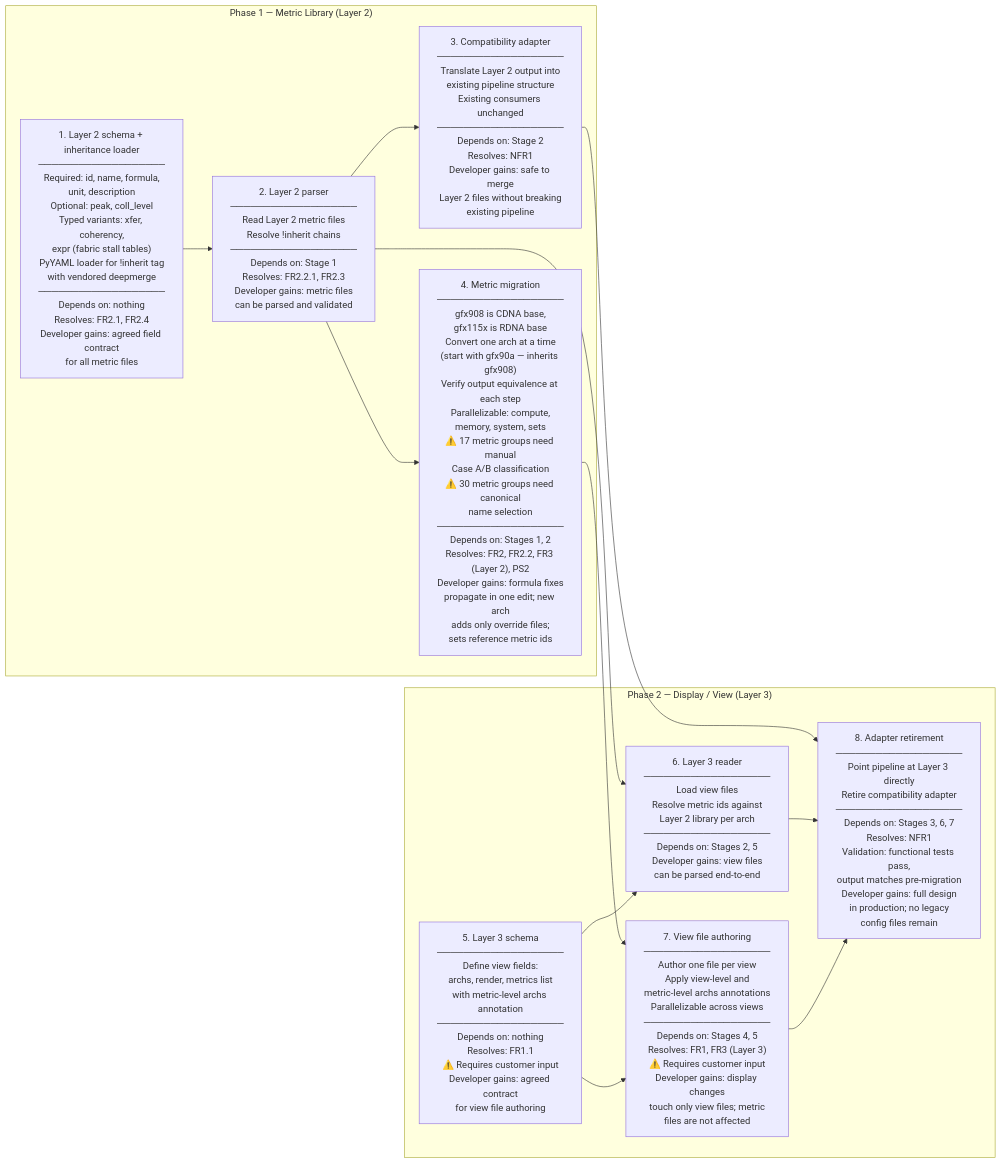
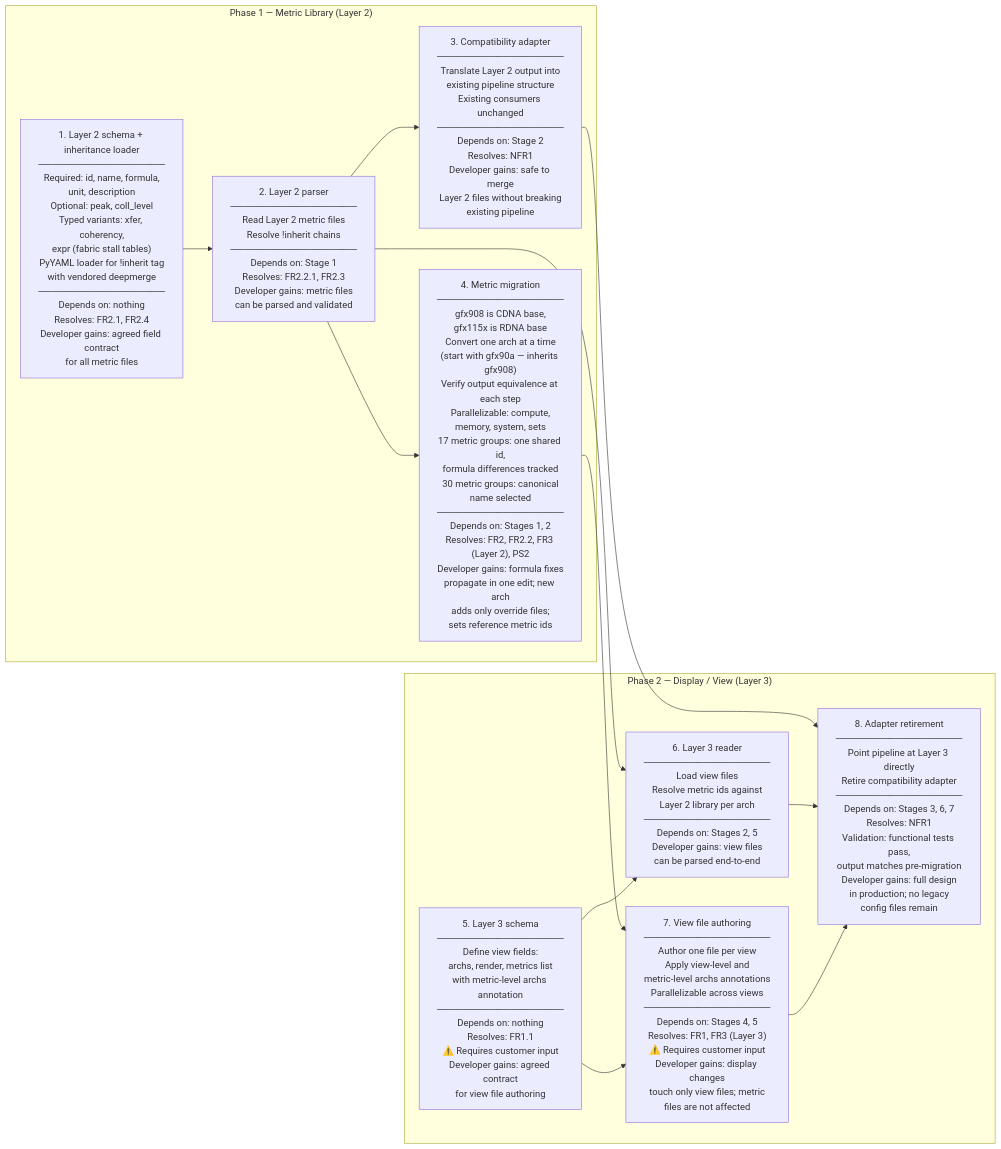
The fifth of 5 diagrams in projects/rocprofiler-compute/docs/design/analysis-config-redesign/hld-analysis-config-redesign.md (ROCm/rocm-systems), drawn with Mermaid before and after one commit. The commit also changed other lines of this file and 2 other files, not shown here.

First line of the commit message:
docs(rocprofiler-compute): Address review of analysis config LLD

````diff
--- a/projects/rocprofiler-compute/docs/design/analysis-config-redesign/hld-analysis-config-redesign.md
+++ b/projects/rocprofiler-compute/docs/design/analysis-config-redesign/hld-analysis-config-redesign.md
@@ -493,27 +494,27 @@
 ```mermaid
 flowchart LR
     subgraph P1["Phase 1 — Metric Library (Layer 2)"]
         s1["1. Layer 2 schema + inheritance loader\n───────────────────\nRequired: id, name, formula,\nunit, description\nOptional: peak, coll_level\nTyped variants: xfer, coherency,\nexpr (fabric stall tables)\nPyYAML loader for !inherit tag\nwith vendored deepmerge\n───────────────────\nDepends on: nothing\nResolves: FR2.1, FR2.4\nDeveloper gains: agreed field contract\nfor all metric files"]
         s2["2. Layer 2 parser\n───────────────────\nRead Layer 2 metric files\nResolve !inherit chains\n───────────────────\nDepends on: Stage 1\nResolves: FR2.2.1, FR2.3\nDeveloper gains: metric files\ncan be parsed and validated"]
         s3["3. Compatibility adapter\n───────────────────\nTranslate Layer 2 output into\nexisting pipeline structure\nExisting consumers unchanged\n───────────────────\nDepends on: Stage 2\nResolves: NFR1\nDeveloper gains: safe to merge\nLayer 2 files without breaking\nexisting pipeline"]
-        s4["4. Metric migration\n───────────────────\ngfx908 is CDNA base,\ngfx115x is RDNA base\nConvert one arch at a time\n(start with gfx90a — inherits gfx908)\nVerify output equivalence at each step\nParallelizable: compute,\nmemory, system, sets\n⚠️ 17 metric groups need manual\nCase A/B classification\n⚠️ 30 metric groups need canonical\nname selection\n───────────────────\nDepends on: Stages 1, 2\nResolves: FR2, FR2.2, FR3 (Layer 2), PS2\nDeveloper gains: formula fixes\npropagate in one edit; new arch\nadds only override files;\nsets reference metric ids"]
+        s4["4. Metric migration\n───────────────────\ngfx908 is CDNA base,\ngfx115x is RDNA base\nConvert one arch at a time\n(start with gfx90a — inherits gfx908)\nVerify output equivalence at each step\nParallelizable: compute,\nmemory, system, sets\n17 metric groups: one shared id,\nformula differences tracked\n30 metric groups: canonical\nname selected\n───────────────────\nDepends on: Stages 1, 2\nResolves: FR2, FR2.2, FR3 (Layer 2), PS2\nDeveloper gains: formula fixes\npropagate in one edit; new arch\nadds only override files;\nsets reference metric ids"]
     end
 
     subgraph P2["Phase 2 — Display / View (Layer 3)"]
         s5["5. Layer 3 schema\n───────────────────\nDefine view fields:\narchs, render, metrics list\nwith metric-level archs annotation\n───────────────────\nDepends on: nothing\nResolves: FR1.1\n⚠️ Requires customer input\nDeveloper gains: agreed contract\nfor view file authoring"]
         s6["6. Layer 3 reader\n───────────────────\nLoad view files\nResolve metric ids against\nLayer 2 library per arch\n───────────────────\nDepends on: Stages 2, 5\nDeveloper gains: view files\ncan be parsed end-to-end"]
         s7["7. View file authoring\n───────────────────\nAuthor one file per view\nApply view-level and\nmetric-level archs annotations\nParallelizable across views\n───────────────────\nDepends on: Stages 4, 5\nResolves: FR1, FR3 (Layer 3)\n⚠️ Requires customer input\nDeveloper gains: display changes\ntouch only view files; metric\nfiles are not affected"]
         s8["8. Adapter retirement\n───────────────────\nPoint pipeline at Layer 3 directly\nRetire compatibility adapter\n───────────────────\nDepends on: Stages 3, 6, 7\nResolves: NFR1\nValidation: functional tests pass,\noutput matches pre-migration\nDeveloper gains: full design\nin production; no legacy\nconfig files remain"]
     end
 
     s1 --> s2
     s2 --> s3
     s2 --> s4
     s2 --> s6
     s3 --> s8
     s4 --> s7
     s5 --> s6
     s5 --> s7
     s6 --> s8
     s7 --> s8
 ```
````
